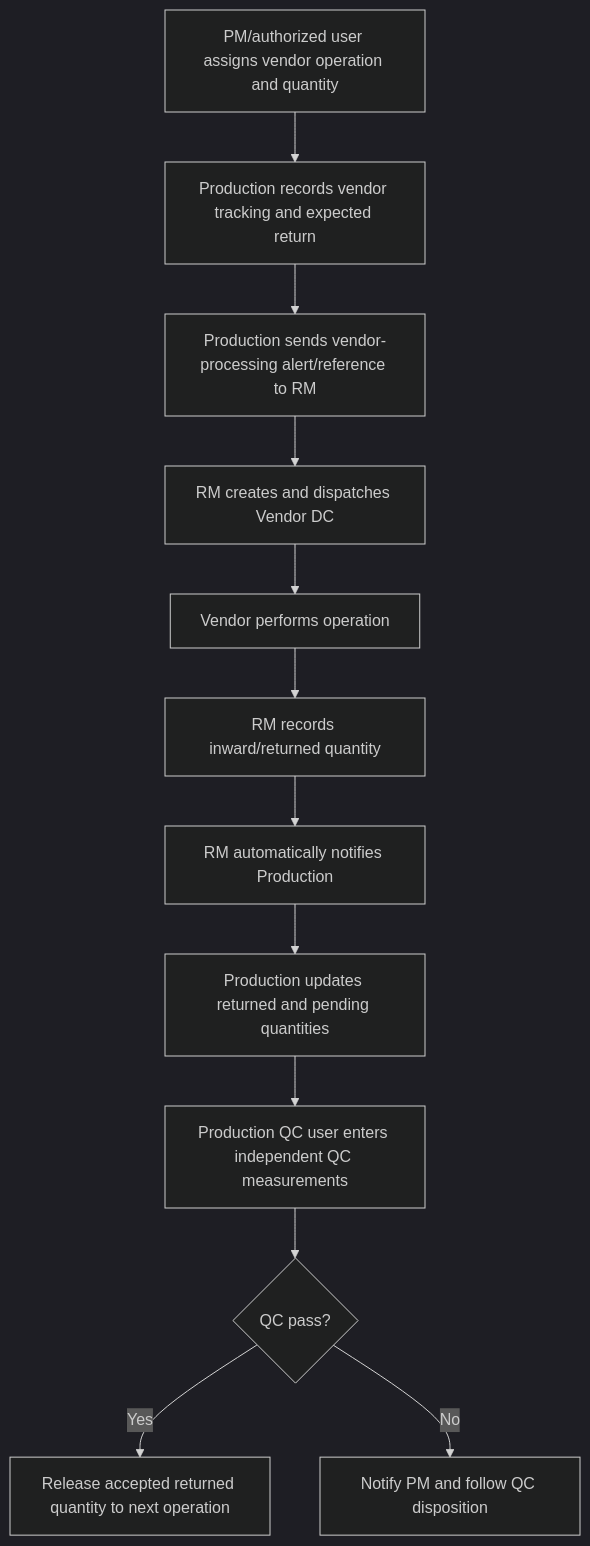
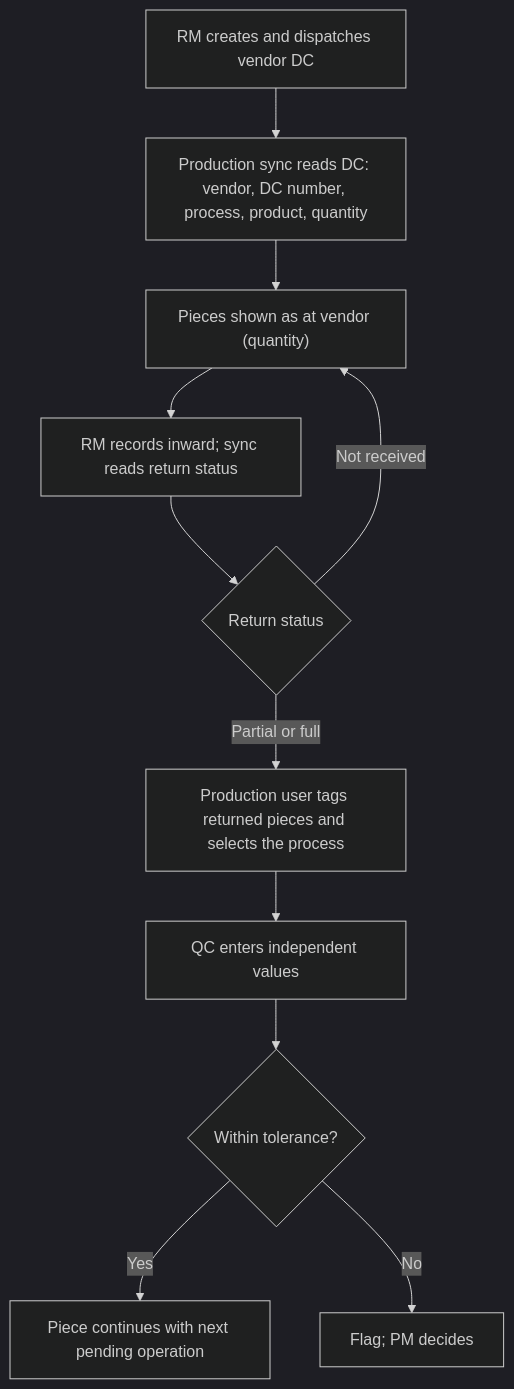
The fifth of 8 diagrams in docs/phase-1/07_Workflow_Diagrams.md (poairtronic/velan-production), drawn with Mermaid (dark theme) before and after one commit. The commit also changed other lines of this file, not shown here.

Commit message:
docs: update 07_Workflow_Diagrams.md per decision log 2026-11-24

````diff
--- a/docs/phase-1/07_Workflow_Diagrams.md
+++ b/docs/phase-1/07_Workflow_Diagrams.md
@@ -79,14 +86,13 @@
 ```mermaid
 flowchart TD
- A[PM/authorized user assigns vendor operation and quantity] --> B[Production records vendor tracking and expected return]
- B --> C[Production sends vendor-processing alert/reference to RM]
- C --> D[RM creates and dispatches Vendor DC]
- D --> E[Vendor performs operation]
- E --> F[RM records inward/returned quantity]
- F --> G[RM automatically notifies Production]
- G --> H[Production updates returned and pending quantities]
- H --> I[Production QC user enters independent QC measurements]
- I --> J{QC pass?}
- J -->|Yes| K[Release accepted returned quantity to next operation]
- J -->|No| L[Notify PM and follow QC disposition]
+  A["RM creates and dispatches vendor DC"] --> B["Production sync reads DC: vendor, DC number, process, product, quantity"]
+  B --> C["Pieces shown as at vendor (quantity)"]
+  C --> D["RM records inward; sync reads return status"]
+  D --> E{"Return status"}
+  E -->|"Not received"| C
+  E -->|"Partial or full"| F["Production user tags returned pieces and selects the process"]
+  F --> G["QC enters independent values"]
+  G --> H{"Within tolerance?"}
+  H -->|Yes| I["Piece continues with next pending operation"]
+  H -->|No| J["Flag; PM decides"]
 ```
````
